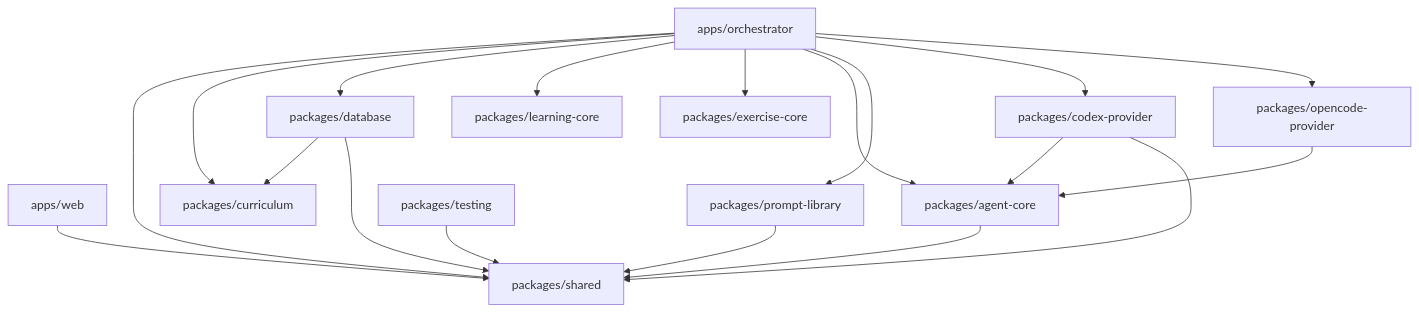
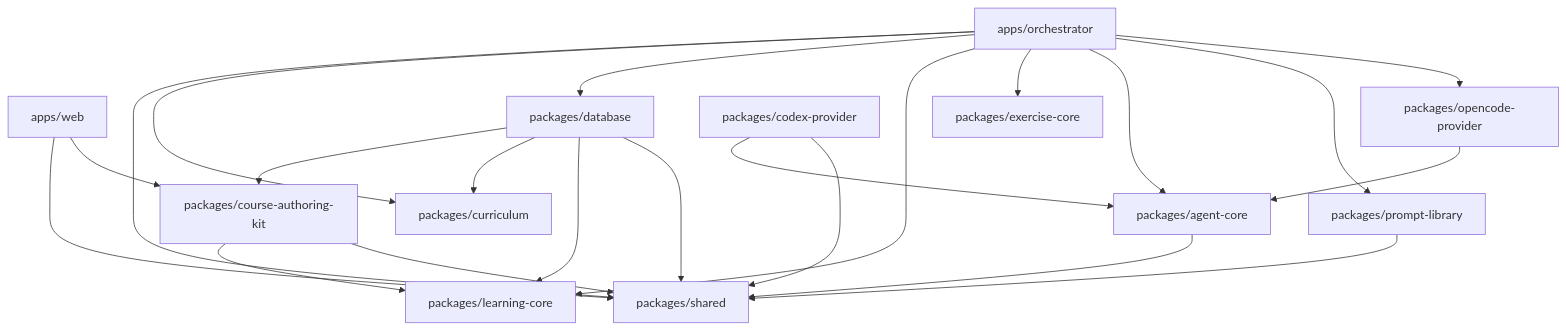
Before and after one commit to nayvok/Aptiloop: the first of 2 diagrams in ARCHITECTURE.md, drawn with Mermaid. The commit also changed other lines of this file and 127 other files, not shown here.

Commit message:
Harden learning architecture and agent boundaries

````diff
--- a/ARCHITECTURE.md
+++ b/ARCHITECTURE.md
@@ -25,21 +25,24 @@
 ```mermaid
 graph TD
   WEB[apps/web] --> SHARED[packages/shared]
+  WEB --> AUTHOR[packages/course-authoring-kit]
   ORCH[apps/orchestrator] --> SHARED
   ORCH --> CURR[packages/curriculum]
   ORCH --> DB[packages/database]
   ORCH --> LEARN[packages/learning-core]
   ORCH --> EX[packages/exercise-core]
   ORCH --> AGENT[packages/agent-core]
   ORCH --> PROMPTS[packages/prompt-library]
-  ORCH --> CODEX[packages/codex-provider]
   ORCH --> OC[packages/opencode-provider]
+  DB --> AUTHOR
   DB --> CURR
+  DB --> LEARN
   DB --> SHARED
+  AUTHOR --> LEARN
+  AUTHOR --> SHARED
   AGENT --> SHARED
   PROMPTS --> SHARED
-  CODEX --> AGENT
+  CODEX[packages/codex-provider] --> AGENT
   CODEX --> SHARED
   OC --> AGENT
-  TESTING[packages/testing] --> SHARED
 ```
````
